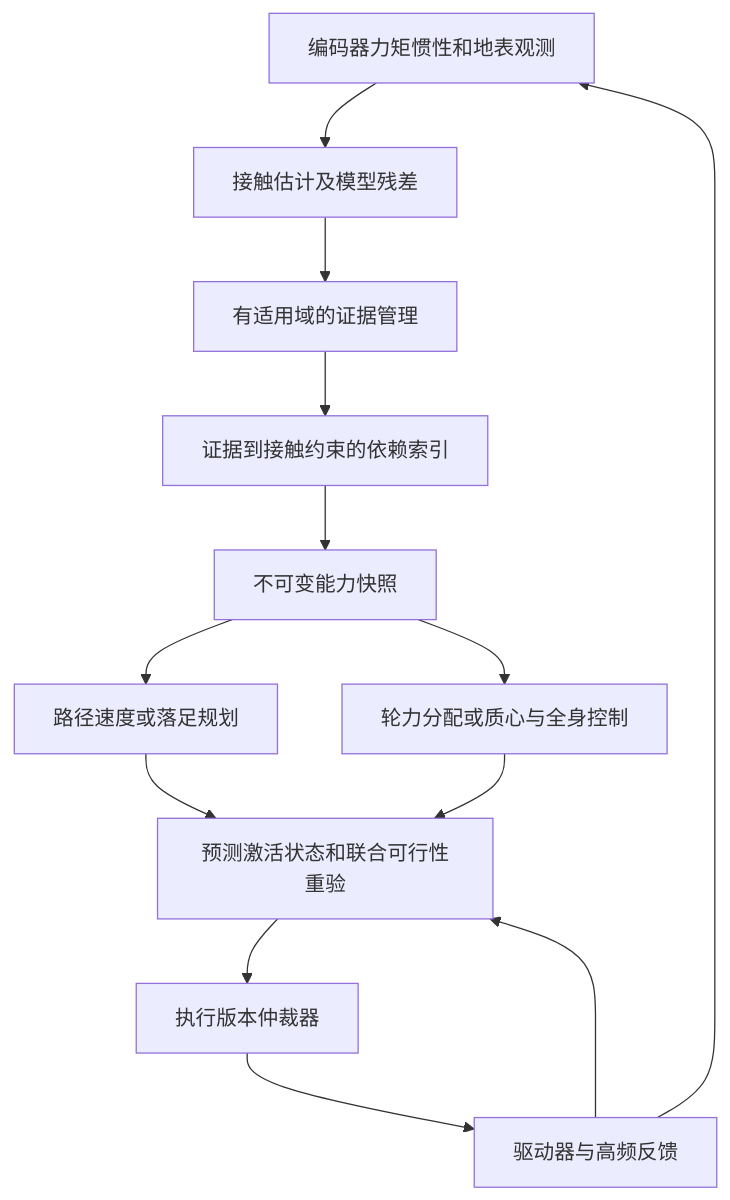
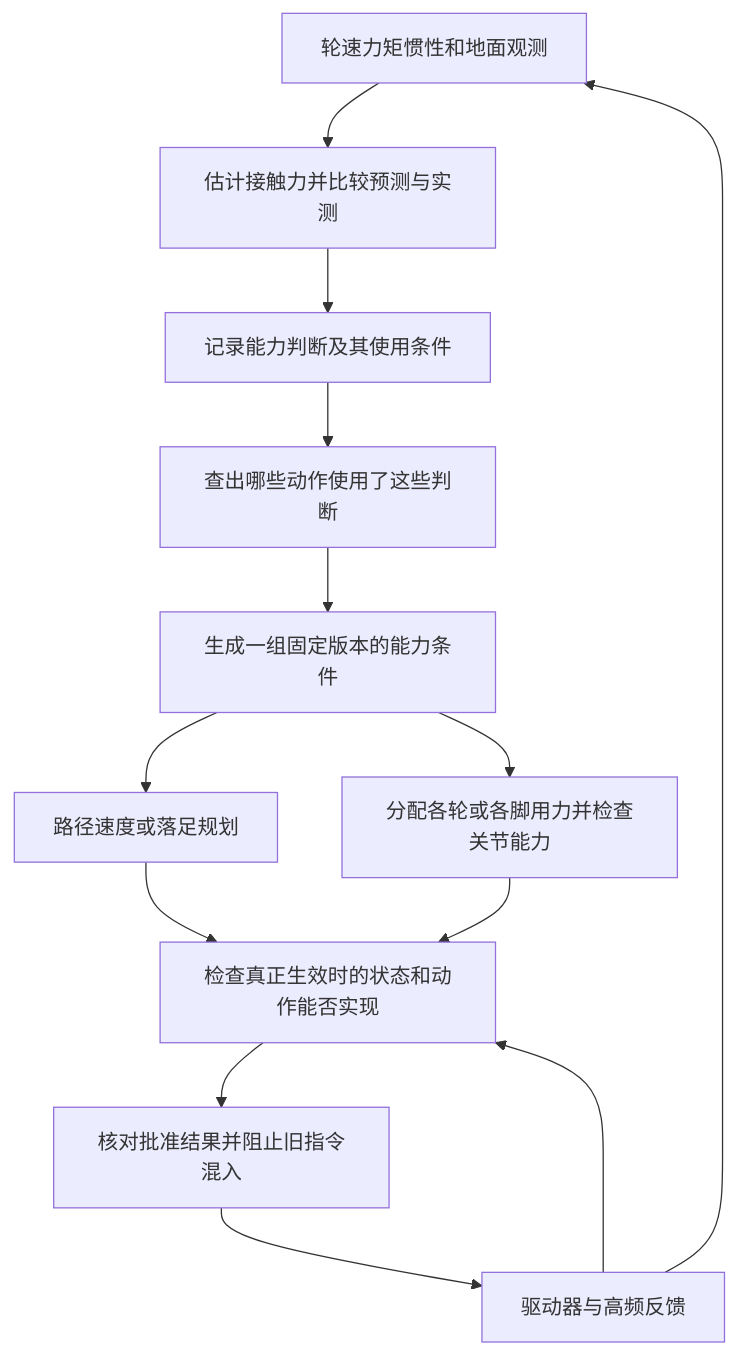
One commit to fenwickxie/research-ip-docs changed the first of 2 diagrams in patient/导航规划控制/02_patent_b_sources_and_technical_principles_20261015.md. Above: the diagram before and after it, drawn with Mermaid. The commit also changed other lines of this file and 2 other files, not shown here.

````diff
--- a/patient/导航规划控制/02_patent_b_sources_and_technical_principles_20261015.md
+++ b/patient/导航规划控制/02_patent_b_sources_and_technical_principles_20261015.md
@@ -46,15 +75,15 @@
 ```mermaid
 flowchart TD
-    Inputs[编码器力矩惯性和地表观测] --> Estimator[接触估计及模型残差]
-    Estimator --> Evidence[有适用域的证据管理]
-    Evidence --> Graph[证据到接触约束的依赖索引]
-    Graph --> Snapshot[不可变能力快照]
+    Inputs[轮速力矩惯性和地面观测] --> Estimator[估计接触力并比较预测与实测]
+    Estimator --> Evidence[记录能力判断及其使用条件]
+    Evidence --> Graph[查出哪些动作使用了这些判断]
+    Graph --> Snapshot[生成一组固定版本的能力条件]
     Snapshot --> Planner[路径速度或落足规划]
-    Snapshot --> Allocator[轮力分配或质心与全身控制]
-    Planner --> Validate[预测激活状态和联合可行性重验]
+    Snapshot --> Allocator[分配各轮或各脚用力并检查关节能力]
+    Planner --> Validate[检查真正生效时的状态和动作能否实现]
     Allocator --> Validate
-    Validate --> Arbiter[执行版本仲裁器]
+    Validate --> Arbiter[核对批准结果并阻止旧指令混入]
     Arbiter --> Driver[驱动器与高频反馈]
     Driver --> Inputs
     Driver --> Validate
 ```
````
